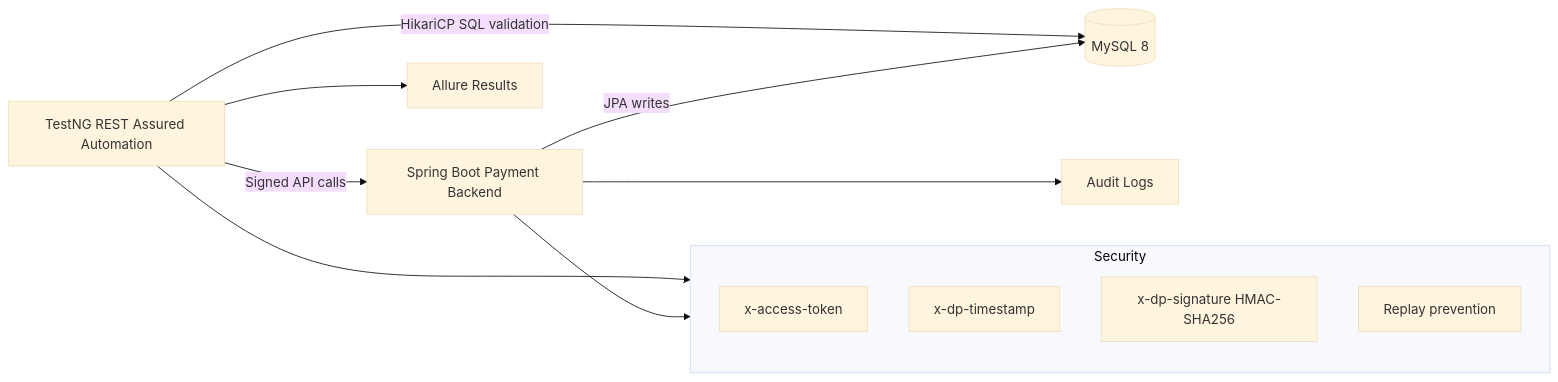
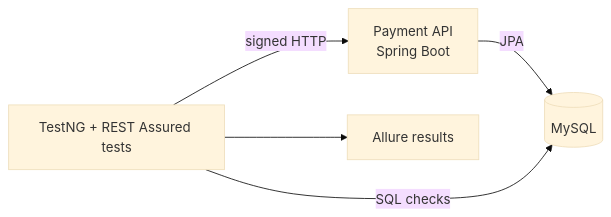
The diagram in README.md (yashwant-das/qa-java-restassured-payments), drawn with Mermaid (base theme) before and after one commit. The commit also changed other lines of this file and 133 other files, not shown here.

````diff
--- a/README.md
+++ b/README.md
@@ -20,16 +21,7 @@
 ```mermaid
 flowchart LR
-    T[TestNG REST Assured Automation] -->|Signed API calls| B[Spring Boot Payment Backend]
-    T -->|HikariCP SQL validation| D[(MySQL 8)]
-    B -->|JPA writes| D
-    B --> A[Audit Logs]
-    T --> R[Allure Results]
-    subgraph Security
-      S1[x-access-token]
-      S2[x-dp-timestamp]
-      S3[x-dp-signature HMAC-SHA256]
-      S4[Replay prevention]
-    end
-    T --> Security
-    B --> Security
+    T[TestNG + REST Assured tests] -->|signed HTTP| A[Payment API<br/>Spring Boot]
+    A -->|JPA| D[(MySQL)]
+    T -->|SQL checks| D
+    T --> R[Allure results]
 ```
````
